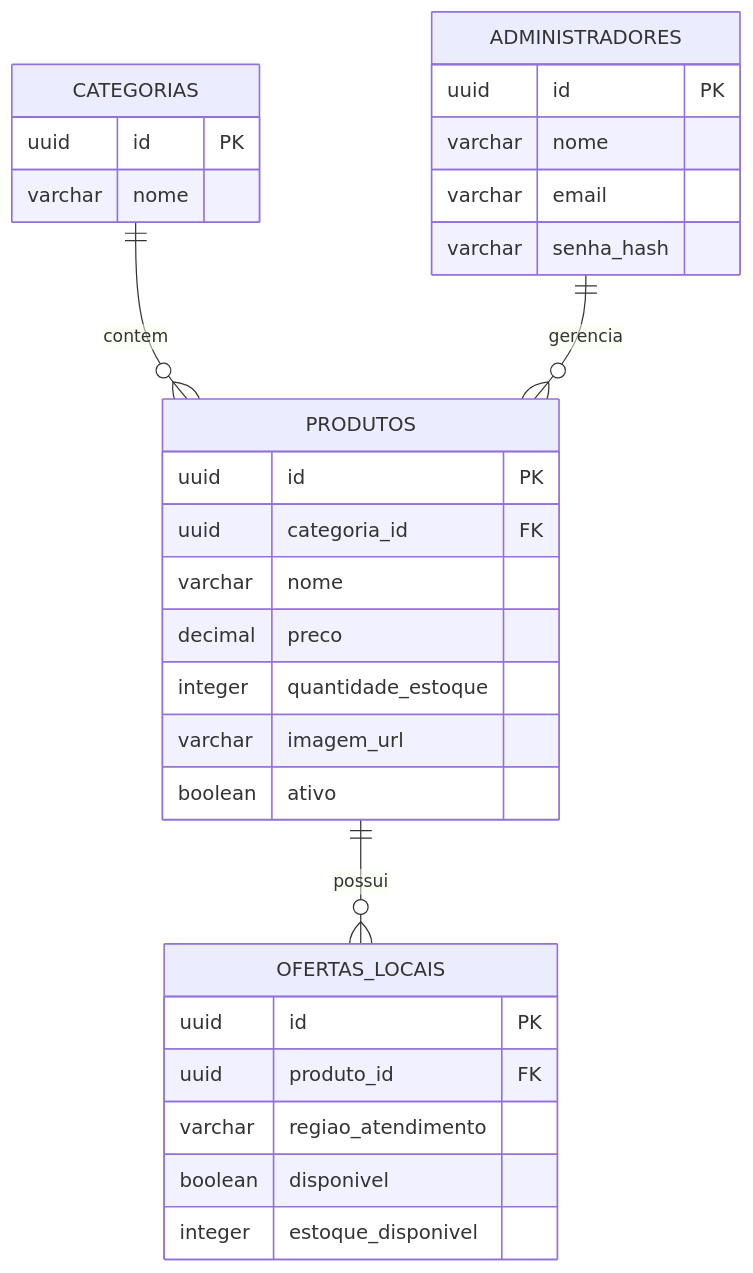
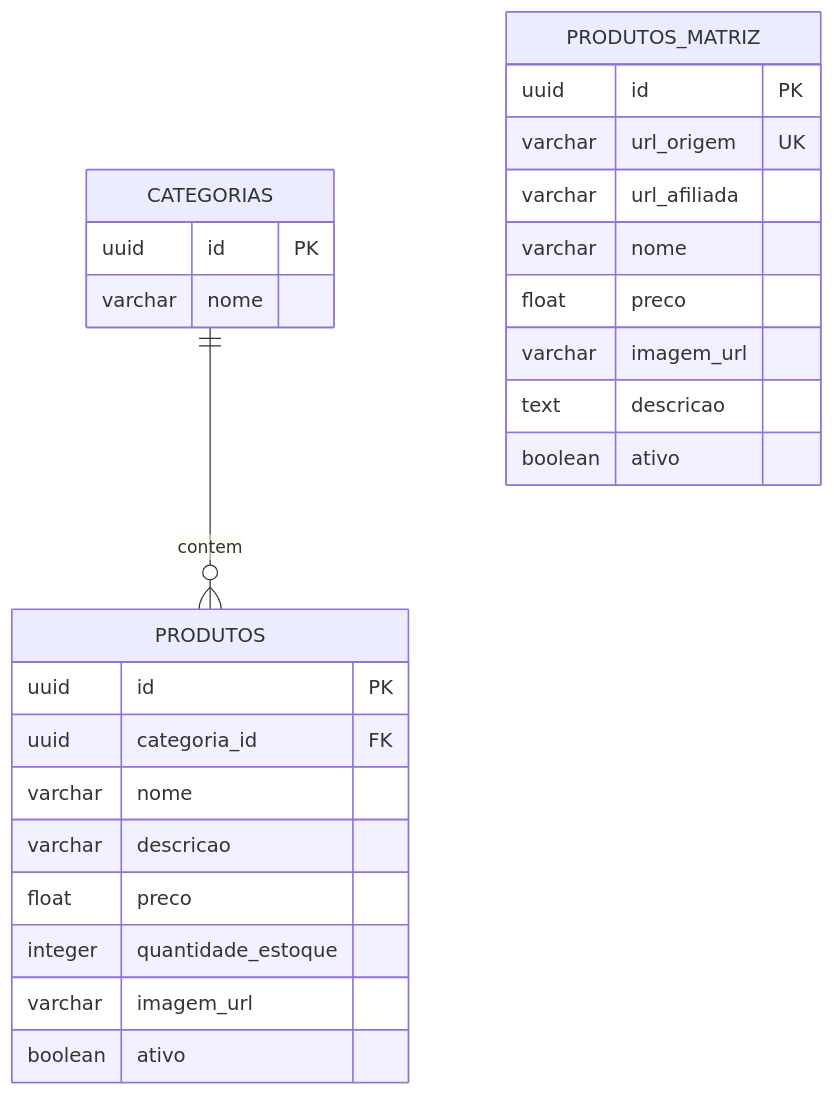
The diagram in docs/arquitetura/05-diagrama-er.md (LuHenRe/Projeto-Revendedora-Atlantica-Natural), drawn with Mermaid before and after one commit. The commit also changed other lines of this file and 15 other files, not shown here.

Commit message:
docs: adiciona segunda apresentacao e atualiza diagramas e requisitos

````diff
--- a/docs/arquitetura/05-diagrama-er.md
+++ b/docs/arquitetura/05-diagrama-er.md
@@ -20,36 +17,31 @@
 ```mermaid
 erDiagram
     CATEGORIAS ||--o{ PRODUTOS : contem
-    PRODUTOS ||--o{ OFERTAS_LOCAIS : possui
-    ADMINISTRADORES ||--o{ PRODUTOS : gerencia
 
     CATEGORIAS {
         uuid id PK
         varchar nome
     }
 
     PRODUTOS {
         uuid id PK
         uuid categoria_id FK
         varchar nome
-        decimal preco
+        varchar descricao
+        float preco
         integer quantidade_estoque
         varchar imagem_url
         boolean ativo
     }
 
-    OFERTAS_LOCAIS {
+    PRODUTOS_MATRIZ {
         uuid id PK
-        uuid produto_id FK
-        varchar regiao_atendimento
-        boolean disponivel
-        integer estoque_disponivel
-    }
-
-    ADMINISTRADORES {
-        uuid id PK
+        varchar url_origem UK
+        varchar url_afiliada
         varchar nome
-        varchar email
-        varchar senha_hash
+        float preco
+        varchar imagem_url
+        text descricao
+        boolean ativo
     }
 ```
````
